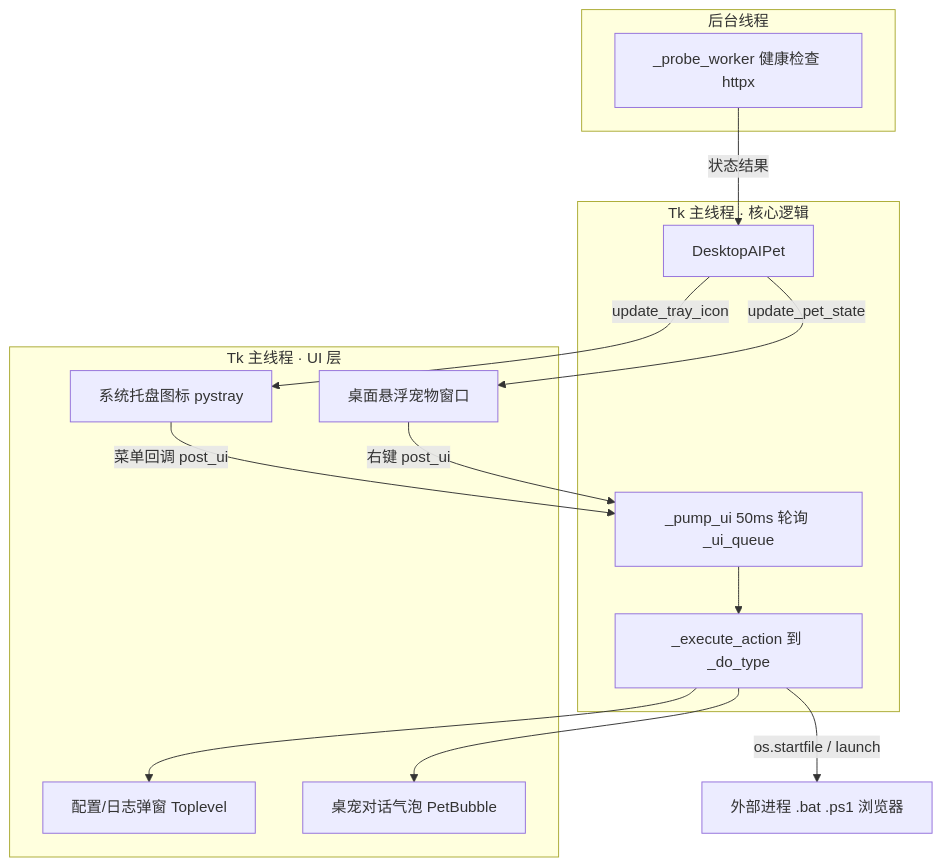
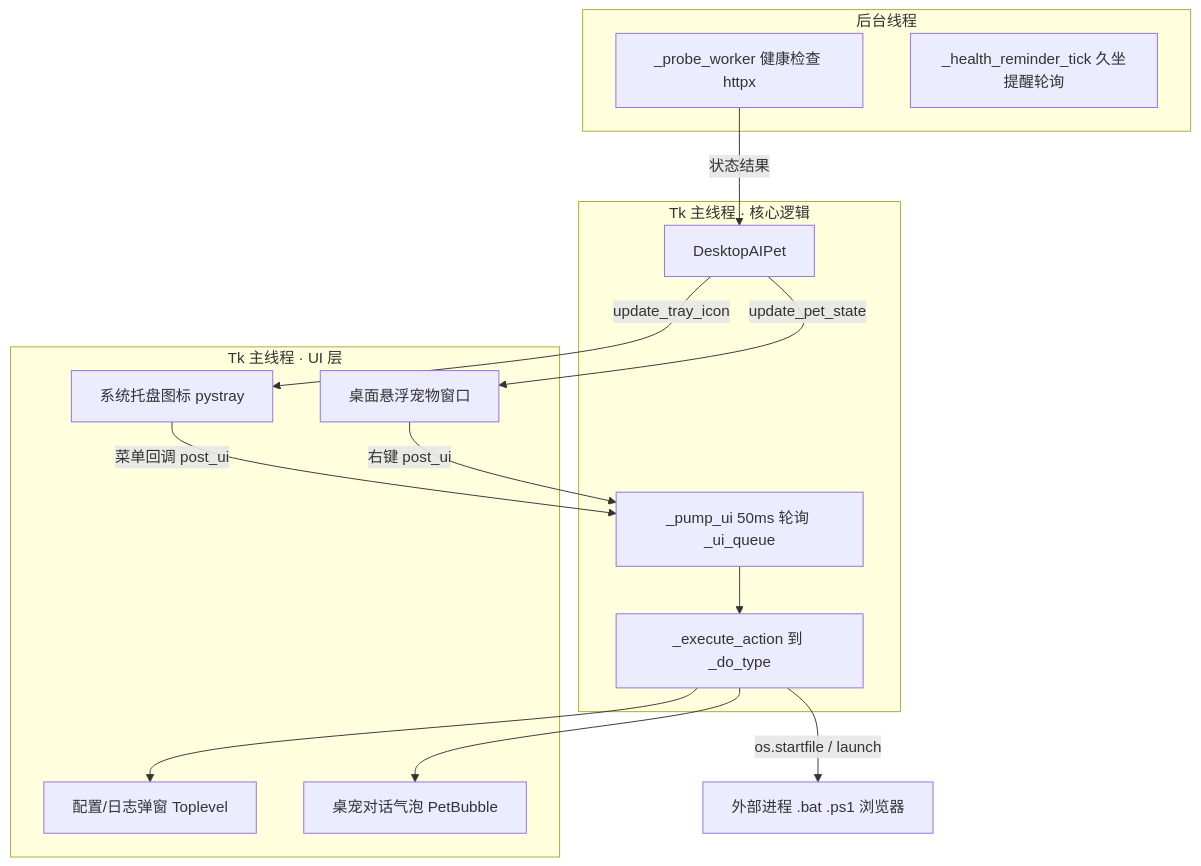
One commit to zhixinglvren/desktop-aipet changed the diagram in aipet-design.md. Above: the diagram before and after it, drawn with Mermaid. The commit also changed other lines of this file and 94 other files, not shown here.

````diff
--- a/aipet-design.md
+++ b/aipet-design.md
@@ -54,26 +61,27 @@
 ```mermaid
 graph TB
     subgraph UI[Tk 主线程 · UI 层]
         Pet[桌面悬浮宠物窗口]
         Tray[系统托盘图标 pystray]
         Pop[配置/日志弹窗 Toplevel]
         Bubble[桌宠对话气泡 PetBubble]
     end
     subgraph Core[Tk 主线程 · 核心逻辑]
         App[DesktopAIPet]
         Pump[_pump_ui 50ms 轮询 _ui_queue]
         Exec[_execute_action 到 _do_type]
     end
     subgraph BG[后台线程]
         Probe[_probe_worker 健康检查 httpx]
+        Remind[_health_reminder_tick 久坐提醒轮询]
     end
     Probe -->|状态结果| App
     App -->|update_tray_icon| Tray
     App -->|update_pet_state| Pet
     Tray -->|菜单回调 post_ui| Pump
     Pet -->|右键 post_ui| Pump
     Pump --> Exec
     Exec --> Pop
     Exec --> Bubble
     Exec -->|os.startfile / launch| Ext[外部进程 .bat .ps1 浏览器]
 ```
````
